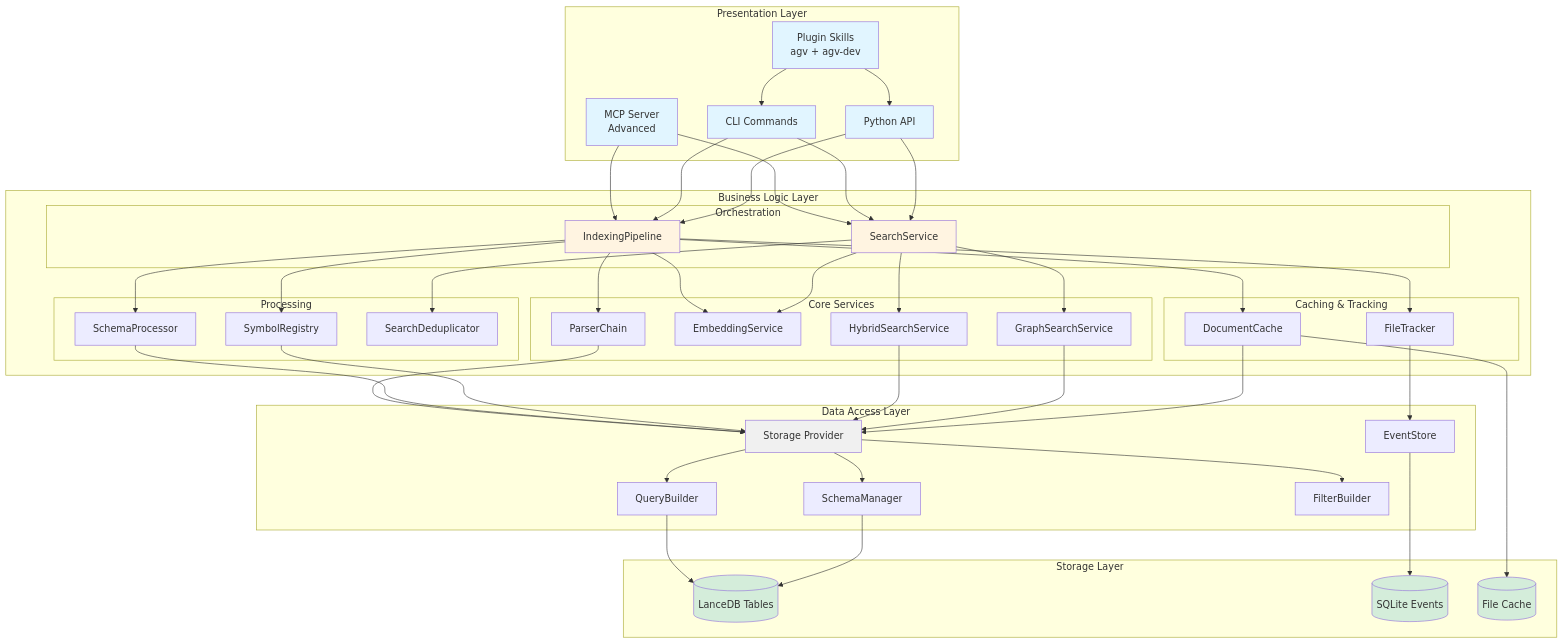
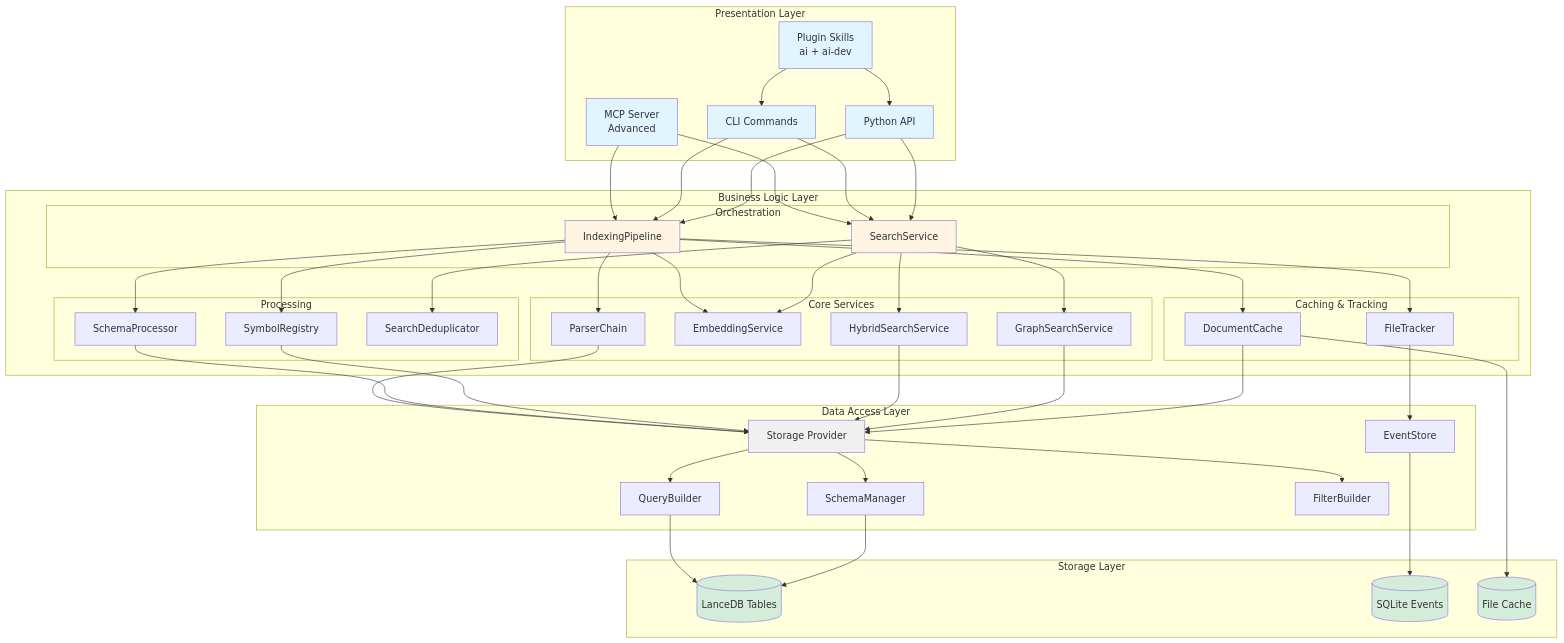
One commit to Sbasha/agentic-inquiry changed the second of 14 diagrams in docs/architecture/overview.md. Above: the diagram before and after it, drawn with Mermaid. The commit also changed other lines of this file and 1334 other files, not shown here.

````diff
--- a/docs/architecture/overview.md
+++ b/docs/architecture/overview.md
@@ -276,7 +276,7 @@
 ```mermaid
 graph TB
     subgraph "Presentation Layer"
-        PLUGINS[Plugin Skills<br/>agv + agv-dev]
+        PLUGINS[Plugin Skills<br/>ai + ai-dev]
         CLI[CLI Commands]
         MCP[MCP Server<br/>Advanced]
         API[Python API]
````
